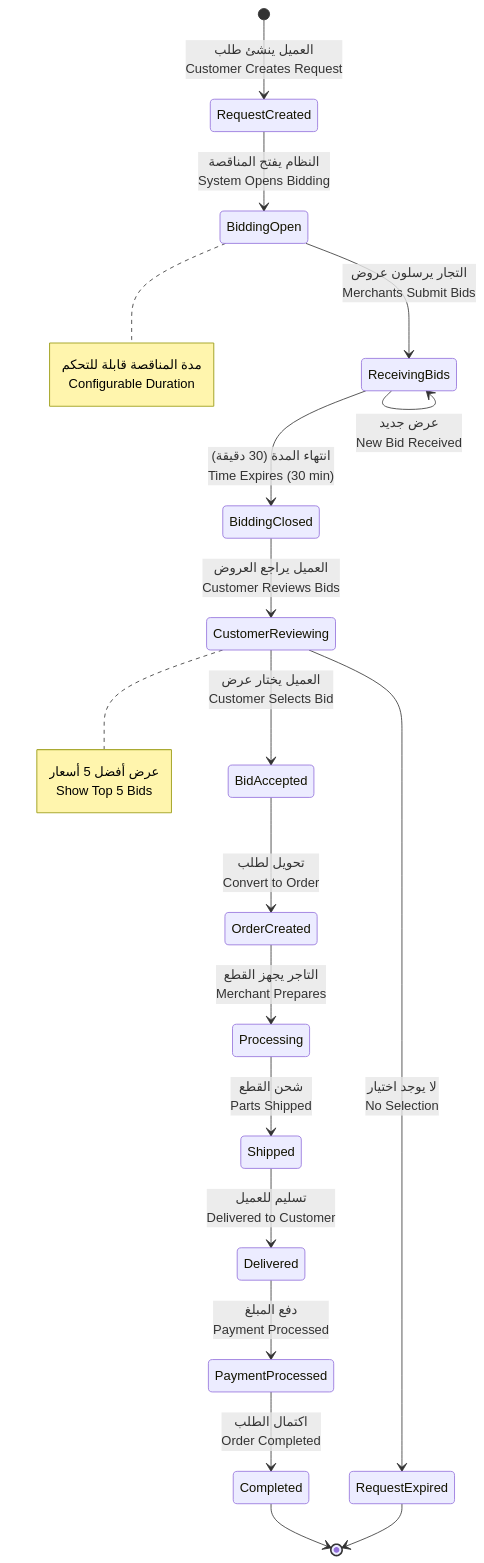
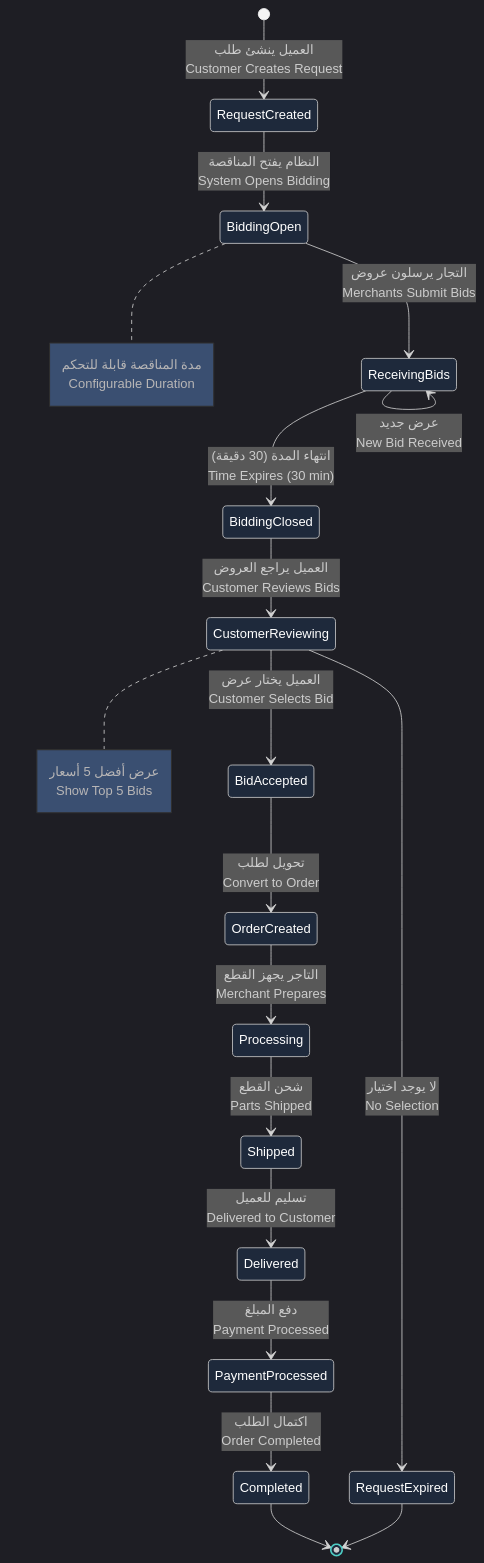
Before and after one commit to abdoElHodaky/larvrevrstender: the seventh of 12 diagrams in Reverse Tender_implementation_plan.md, drawn with Mermaid. The commit also changed other lines of this file, not shown here.

First paragraph of the commit message:
feat: Complete diagram redesign project - all 14 additional diagrams updated
🎯 FINAL UPDATE: Completed all remaining diagrams in planning documents

````diff
--- a/Reverse Tender_implementation_plan.md
+++ b/Reverse Tender_implementation_plan.md
@@ -346,42 +346,58 @@
 ```mermaid
+%%{init: {
+  'theme': 'dark',
+  'themeVariables': {
+    'primaryColor': '#FF6B6B',
+    'primaryTextColor': '#FFFFFF',
+    'primaryBorderColor': '#FF8E8E',
+    'lineColor': '#4ECDC4',
+    'secondaryColor': '#45B7D1',
+    'tertiaryColor': '#96CEB4',
+    'background': '#0F172A',
+    'mainBkg': '#1E293B',
+    'secondBkg': '#334155',
+    'tertiaryBkg': '#475569'
+  }
+}}%%
+
 stateDiagram-v2
     [*] --> RequestCreated: العميل ينشئ طلب<br/>Customer Creates Request
     
     RequestCreated --> BiddingOpen: النظام يفتح المناقصة<br/>System Opens Bidding
     
     BiddingOpen --> ReceivingBids: التجار يرسلون عروض<br/>Merchants Submit Bids
     
     ReceivingBids --> ReceivingBids: عرض جديد<br/>New Bid Received
     
     ReceivingBids --> BiddingClosed: انتهاء المدة (30 دقيقة)<br/>Time Expires (30 min)
     
     BiddingClosed --> CustomerReviewing: العميل يراجع العروض<br/>Customer Reviews Bids
     
     CustomerReviewing --> BidAccepted: العميل يختار عرض<br/>Customer Selects Bid
     CustomerReviewing --> RequestExpired: لا يوجد اختيار<br/>No Selection
     
     BidAccepted --> OrderCreated: تحويل لطلب<br/>Convert to Order
     
     OrderCreated --> Processing: التاجر يجهز القطع<br/>Merchant Prepares
     
     Processing --> Shipped: شحن القطع<br/>Parts Shipped
     
     Shipped --> Delivered: تسليم للعميل<br/>Delivered to Customer
     
     Delivered --> PaymentProcessed: دفع المبلغ<br/>Payment Processed
     
     PaymentProcessed --> Completed: اكتمال الطلب<br/>Order Completed
     
     Completed --> [*]
     RequestExpired --> [*]
     
     note right of BiddingOpen
         مدة المناقصة قابلة للتحكم
         Configurable Duration
     end note
     
     note right of CustomerReviewing
         عرض أفضل 5 أسعار
         Show Top 5 Bids
     end note
 ```
````
